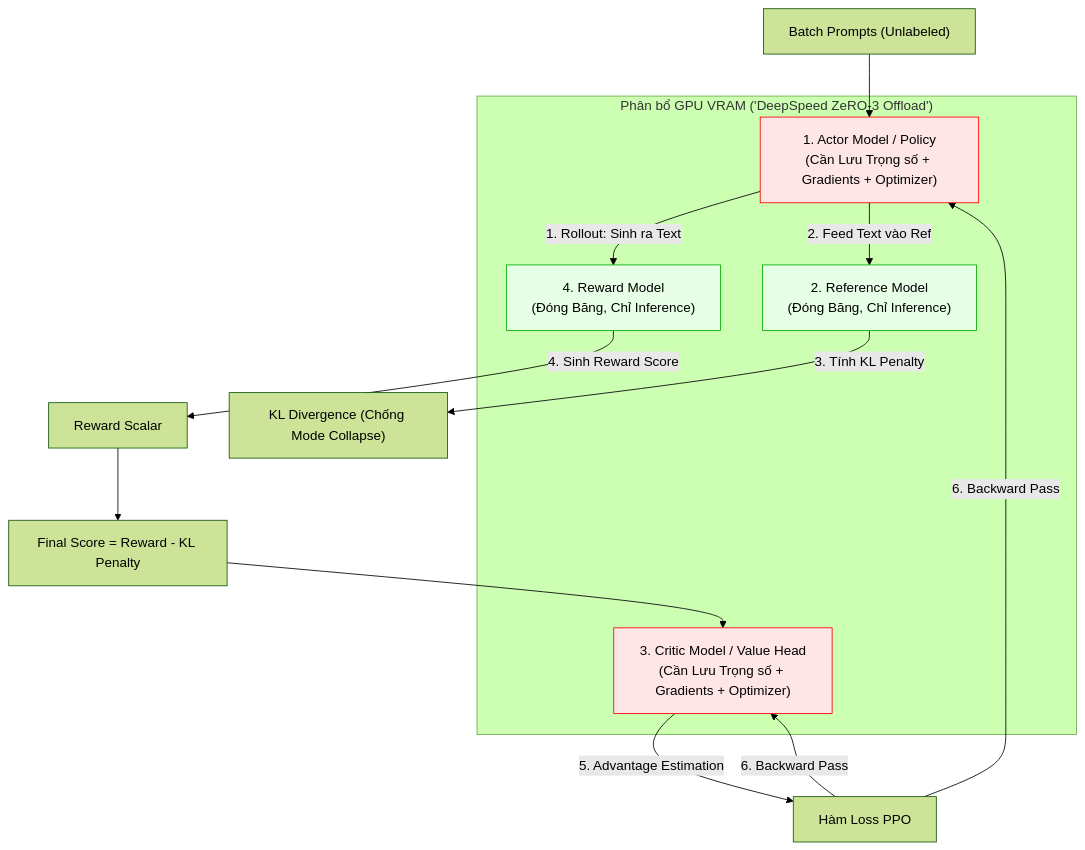
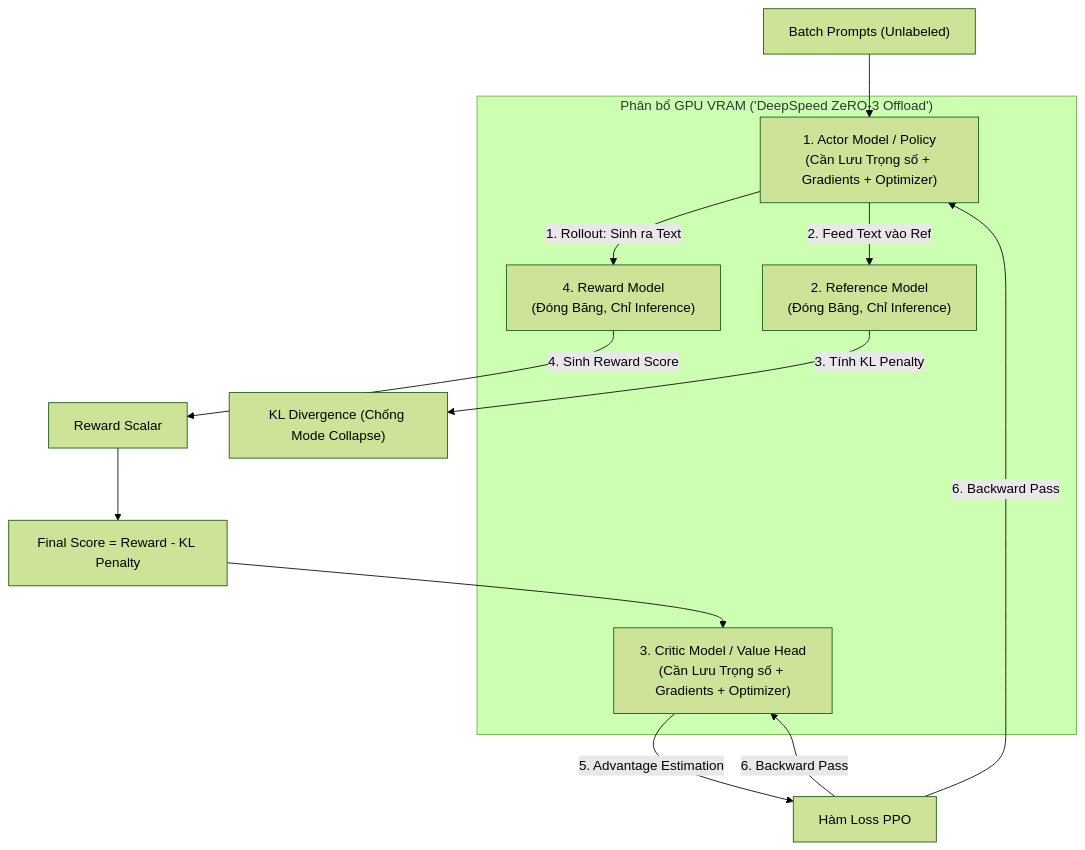
The diagram in src/content/docs/concepts/9-genai-machine-learning/rlhf.md (kythuatdulieu/kythuatdulieu.github.io), drawn with Mermaid (forest theme) before and after one commit. The commit also changed 686 other files, not shown here.

````diff
--- a/src/content/docs/concepts/9-genai-machine-learning/rlhf.md
+++ b/src/content/docs/concepts/9-genai-machine-learning/rlhf.md
@@ -34,25 +34,24 @@
 ```mermaid
 graph TD
     subgraph GPU_Memory["Phân bổ GPU VRAM ('DeepSpeed ZeRO-3 Offload')"]
         A["1. Actor Model / Policy<br/>(Cần Lưu Trọng số + Gradients + Optimizer)"]
         B["2. Reference Model<br/>(Đóng Băng, Chỉ Inference)"]
         C["3. Critic Model / Value Head<br/>(Cần Lưu Trọng số + Gradients + Optimizer)"]
         D["4. Reward Model<br/>(Đóng Băng, Chỉ Inference)"]
     end
 
     Prompt["Batch Prompts (Unlabeled)"] --> A
     A -->|1. Rollout: Sinh ra Text| D
     A -->|2. Feed Text vào Ref| B
     B -->|3. Tính KL Penalty| Penalty["KL Divergence (Chống Mode Collapse)"]
     D -->|4. Sinh Reward Score| Reward[Reward Scalar]
     Reward --> Combine["Final Score = Reward - KL Penalty"]
     Combine --> C
     C -->|5. Advantage Estimation| PPO_Loss["Hàm Loss PPO"]
     PPO_Loss -->|6. Backward Pass| A
     PPO_Loss -->|6. Backward Pass| C
-    
-    style A fill:#ffe6e6,stroke:#ff0000
-    style C fill:#ffe6e6,stroke:#ff0000
-    style B fill:#e6ffe6,stroke:#00aa00
-    style D fill:#e6ffe6,stroke:#00aa00
+
+
+
+
 ```
````
